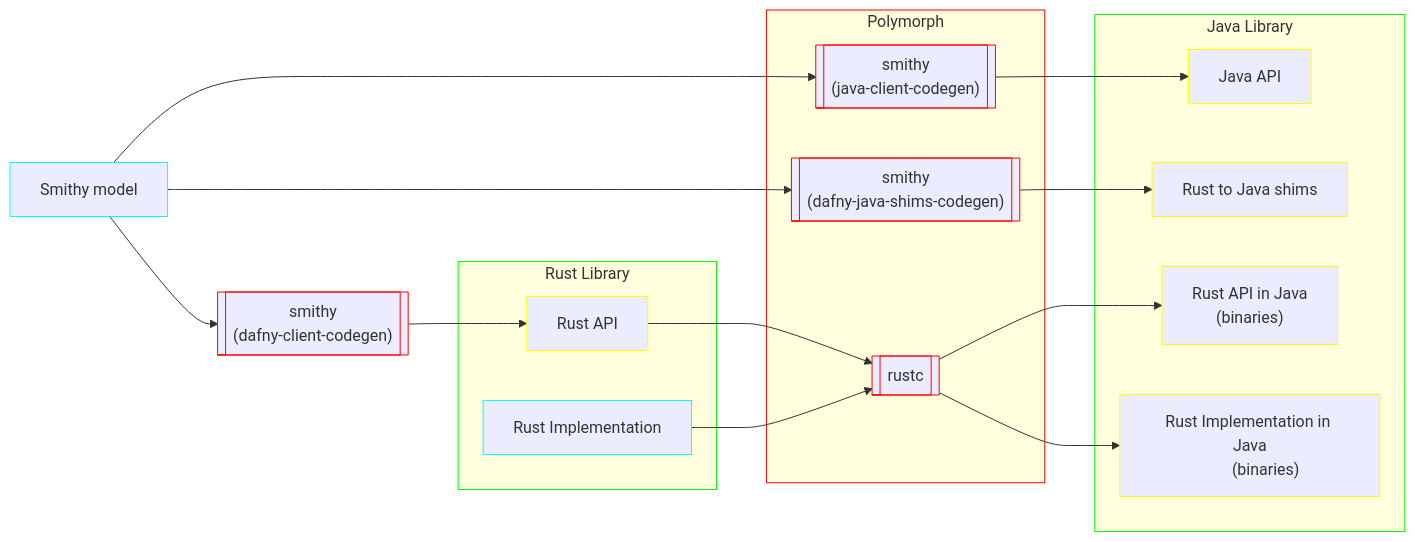
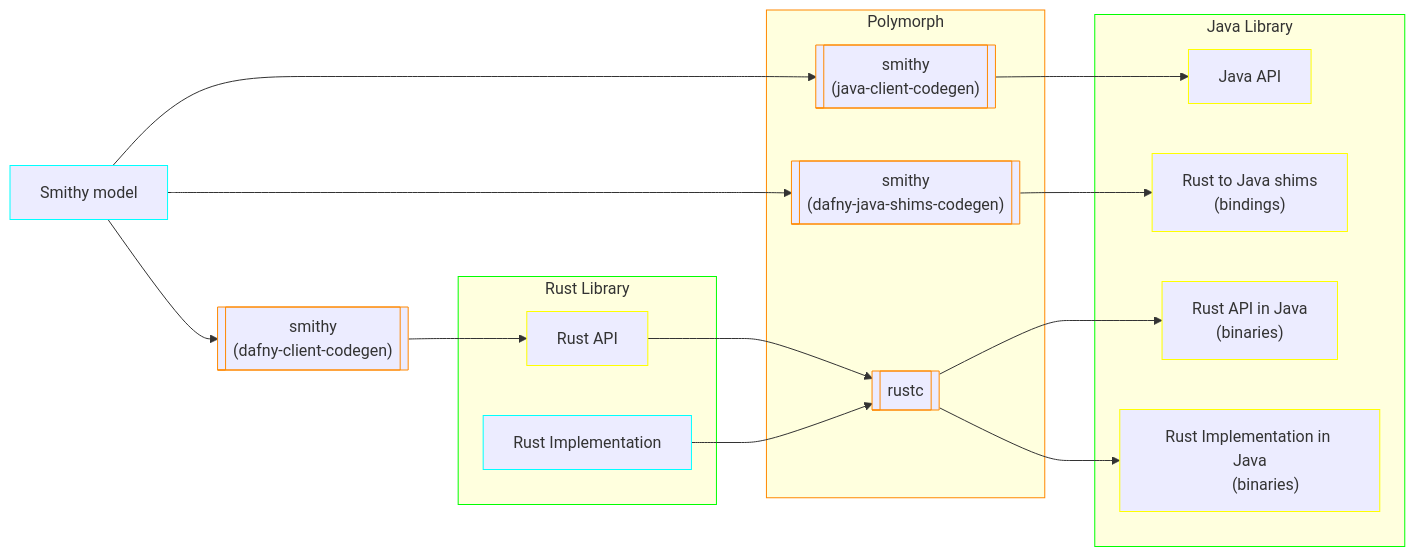
The diagram in designs/polymorphing-rust-to-java.md (awslabs/smithy-dafny), drawn with Mermaid before and after one commit. The commit also changed 3 other files, not shown here.

Commit message:
More diagrams work

````diff
--- a/designs/polymorphing-rust-to-java.md
+++ b/designs/polymorphing-rust-to-java.md
@@ -1,44 +1,45 @@
 ```mermaid
 flowchart LR
-    classDef Process stroke:#f00
+    classDef Process stroke:#f80
     classDef Library stroke:#0f0
     classDef Authored stroke:#0ff
     classDef Generated stroke:#ff0
 
     Smithy["Smithy model"]:::Authored
 
     subgraph SourceProject["Rust Library"]
         SourceAPI["Rust API"]:::Generated
         SourceImpl["Rust Implementation"]:::Authored
     end
     SourceProject:::Library
 
     subgraph Polymorph
         SmithyTargetClient[["smithy
         (java-client-codegen)"]]:::Process
         SmithyShims[["smithy
         (dafny-java-shims-codegen)"]]:::Process
 
         Compiler[["rustc"]]:::Process
     end
     Polymorph:::Process
 
     SmithySourceClient[["smithy
     (dafny-client-codegen)"]]:::Process
 
     subgraph TargetProject["Java Library"]
         TargetAPI["Java API"]:::Generated
-        SourceToTargetShims["Rust to Java shims"]:::Generated
+        SourceToTargetShims["Rust to Java shims
+        (bindings)"]:::Generated
         SourceAPIInTarget["Rust API in Java
         (binaries)"]:::Generated
         SourceImplInTarget["Rust Implementation in Java
         (binaries)"]:::Generated
     end
     TargetProject:::Library
 
     Smithy --> SmithyTargetClient --> TargetAPI
     Smithy --> SmithySourceClient --> SourceAPI
     Smithy --> SmithyShims --> SourceToTargetShims
     SourceAPI & SourceImpl --> Compiler --> SourceAPIInTarget & SourceImplInTarget
 
 ```
````
